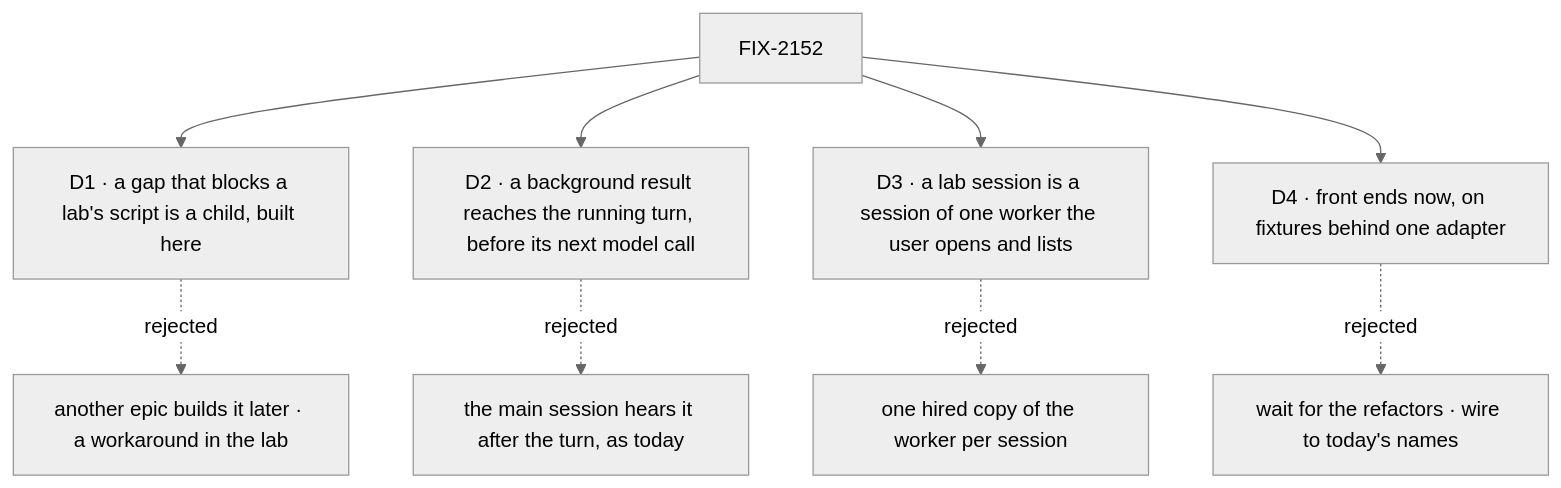
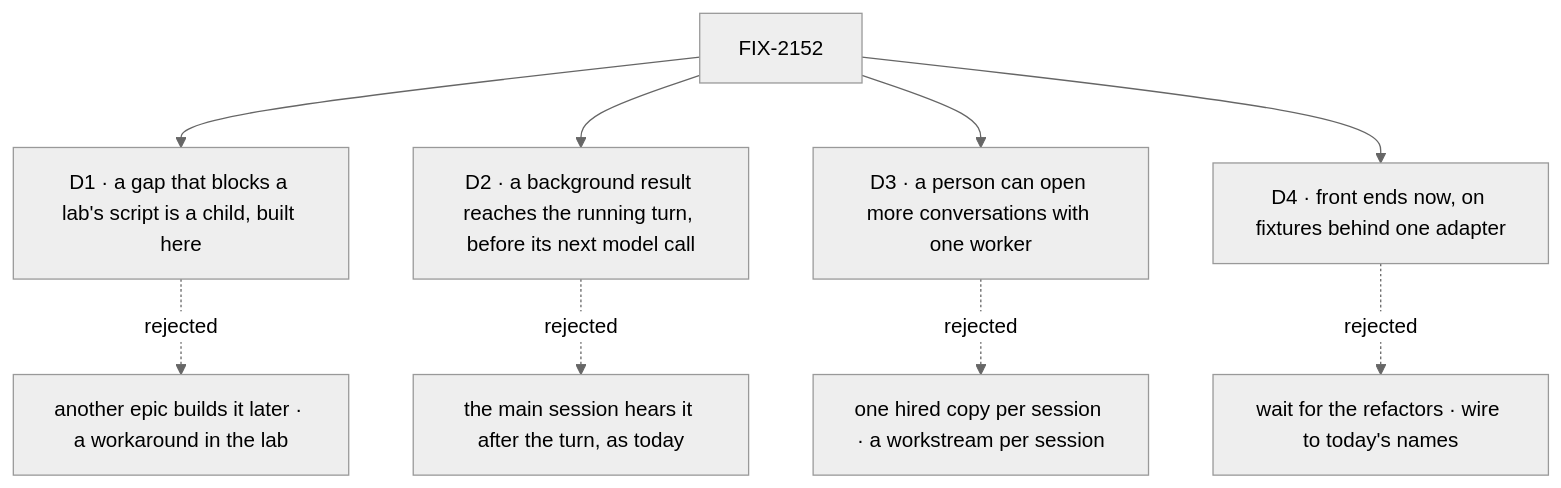
Before and after one commit to fixpoint-labs/flow-state-dev: the diagram in specs/epics/FIX-2152/DECISIONS.md, drawn with Mermaid (neutral theme). The commit also changed other lines of this file and 5 other files, not shown here.

First line of the commit message:
spec(epic): fold fsd-architect's answers into FIX-2152

````diff
--- a/specs/epics/FIX-2152/DECISIONS.md
+++ b/specs/epics/FIX-2152/DECISIONS.md
@@ -11,11 +12,11 @@
 ```mermaid
 flowchart TD
   E["FIX-2152"] --> D1["D1 · a gap that blocks a lab's script is a child, built here"]
   D1 -.->|"rejected"| X1["another epic builds it later · a workaround in the lab"]
   E --> D2["D2 · a background result reaches the running turn, before its next model call"]
   D2 -.->|"rejected"| X2["the main session hears it after the turn, as today"]
-  E --> D3["D3 · a lab session is a session of one worker the user opens and lists"]
-  D3 -.->|"rejected"| X3["one hired copy of the worker per session"]
+  E --> D3["D3 · a person can open more conversations with one worker"]
+  D3 -.->|"rejected"| X3["one hired copy per session · a workstream per session"]
   E --> D4["D4 · front ends now, on fixtures behind one adapter"]
   D4 -.->|"rejected"| X4["wait for the refactors · wire to today's names"]
 ```
````
